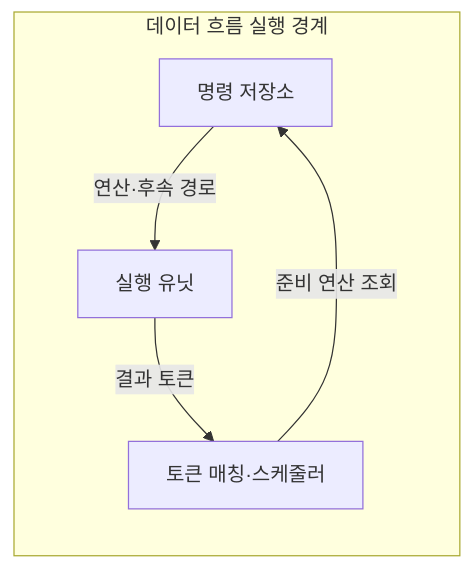
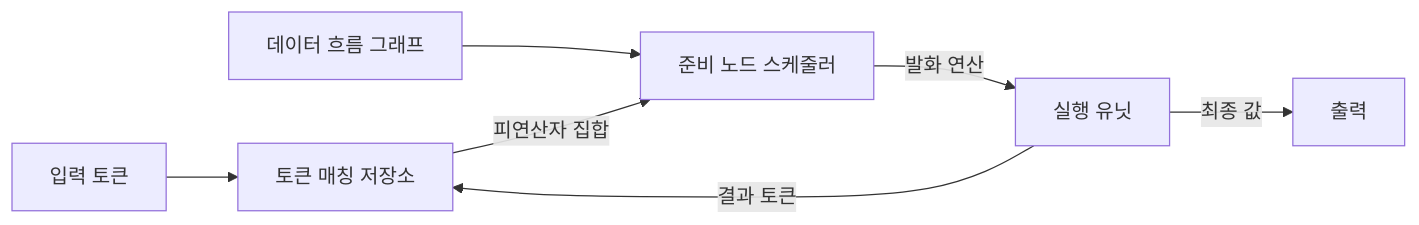
One commit to agnusdei1207/knowledge-base changed the diagram in src/content/docs/notes/02-hardware/077_dataflow_computer.md. Above: the diagram before and after it, drawn with Mermaid. The commit also changed other lines of this file and 6 other files, not shown here.

````diff
--- a/src/content/docs/notes/02-hardware/077_dataflow_computer.md
+++ b/src/content/docs/notes/02-hardware/077_dataflow_computer.md
@@ -55,11 +55,9 @@
 ```mermaid
 flowchart LR
-    subgraph DF[데이터 흐름 실행 경계]
-        G[명령 저장소]
-        M[토큰 매칭·스케줄러]
-        E[실행 유닛]
-        M -->|준비 연산 조회| G
-        G -->|연산·후속 경로| E
-        E -->|결과 토큰| M
-    end
+    I[입력 토큰] --> M[토큰 매칭 저장소]
+    G[데이터 흐름 그래프] --> S[준비 노드 스케줄러]
+    M -->|피연산자 집합| S
+    S -->|발화 연산| E[실행 유닛]
+    E -->|결과 토큰| M
+    E -->|최종 값| O[출력]
 ```
````
